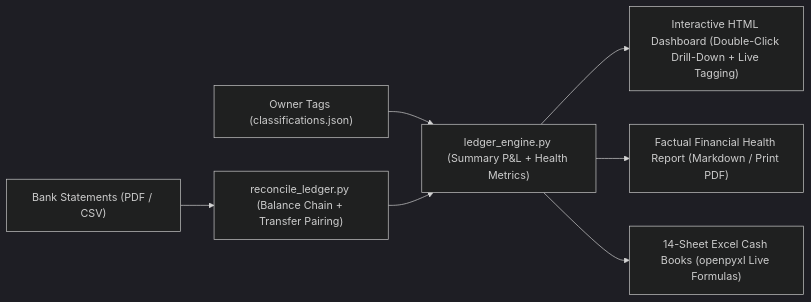
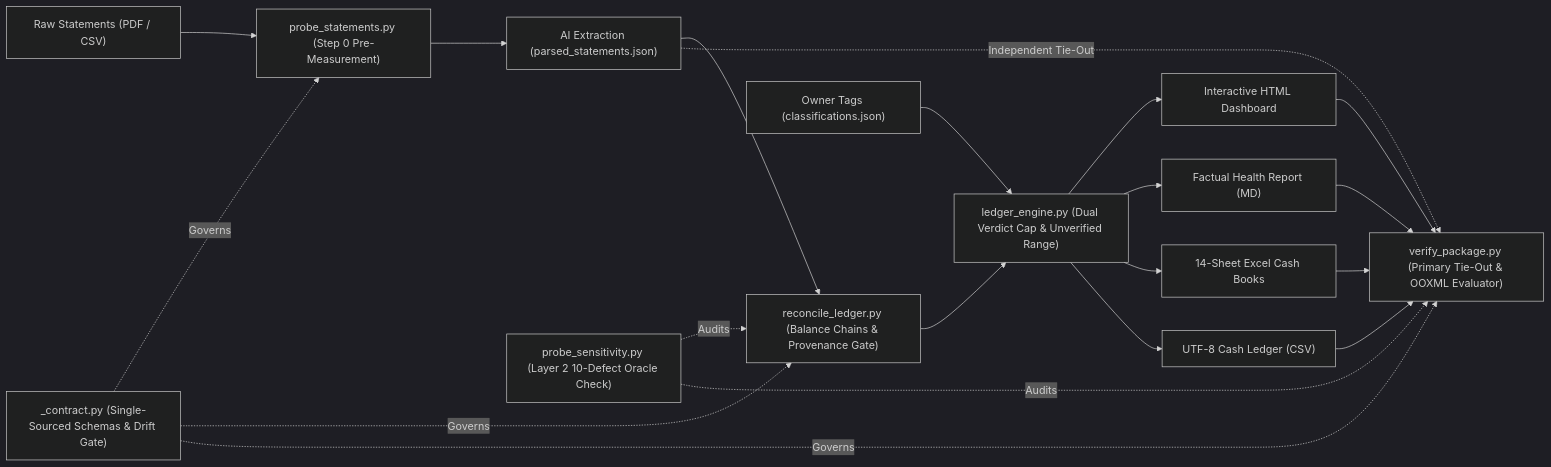
The diagram in README.md (heelaree/ai-small-business-books), drawn with Mermaid (dark theme) before and after one commit. The commit also changed other lines of this file and 15 other files, not shown here.

````diff
--- a/README.md
+++ b/README.md
@@ -24,9 +38,22 @@
 ```mermaid
 flowchart LR
-    A["Bank Statements (PDF / CSV)"] --> B["reconcile_ledger.py (Balance Chain + Transfer Pairing)"]
-    C["Owner Tags (classifications.json)"] --> D["ledger_engine.py (Summary P&L + Health Metrics)"]
-    B --> D
-    D --> E["Interactive HTML Dashboard (Double-Click Drill-Down + Live Tagging)"]
-    D --> F["Factual Financial Health Report (Markdown / Print PDF)"]
-    D --> G["14-Sheet Excel Cash Books (openpyxl Live Formulas)"]
+    S["Raw Statements (PDF / CSV)"] --> P["probe_statements.py (Step 0 Pre-Measurement)"]
+    P --> E["AI Extraction (parsed_statements.json)"]
+    E --> R["reconcile_ledger.py (Balance Chains & Provenance Gate)"]
+    O["Owner Tags (classifications.json)"] --> L["ledger_engine.py (Dual Verdict Cap & Unverified Range)"]
+    R --> L
+    L --> D1["Interactive HTML Dashboard"]
+    L --> D2["Factual Health Report (MD)"]
+    L --> D3["14-Sheet Excel Cash Books"]
+    L --> D4["UTF-8 Cash Ledger (CSV)"]
+    D1 --> V["verify_package.py (Primary Tie-Out & OOXML Evaluator)"]
+    D2 --> V
+    D3 --> V
+    D4 --> V
+    E -. Independent Tie-Out .-> V
+    C["_contract.py (Single-Sourced Schemas & Drift Gate)"] -. Governs .-> P
+    C -. Governs .-> R
+    C -. Governs .-> V
+    Q["probe_sensitivity.py (Layer 2 10-Defect Oracle Check)"] -. Audits .-> R
+    Q -. Audits .-> V
 ```
````
